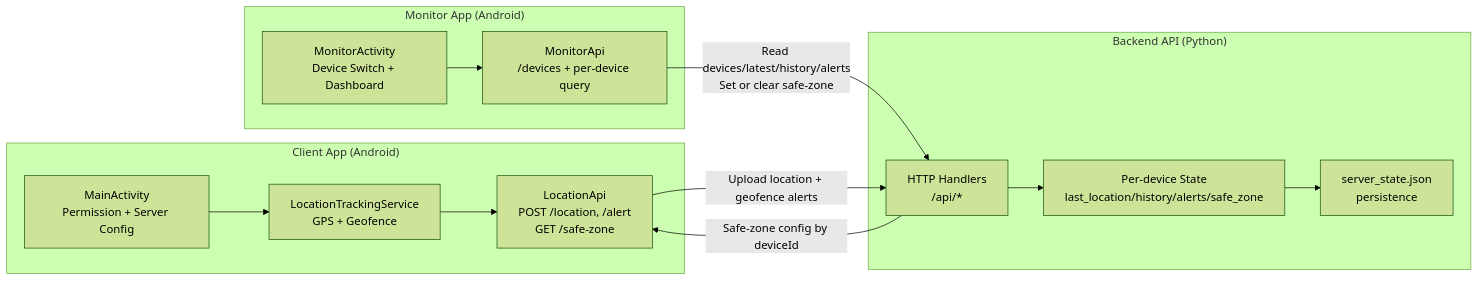
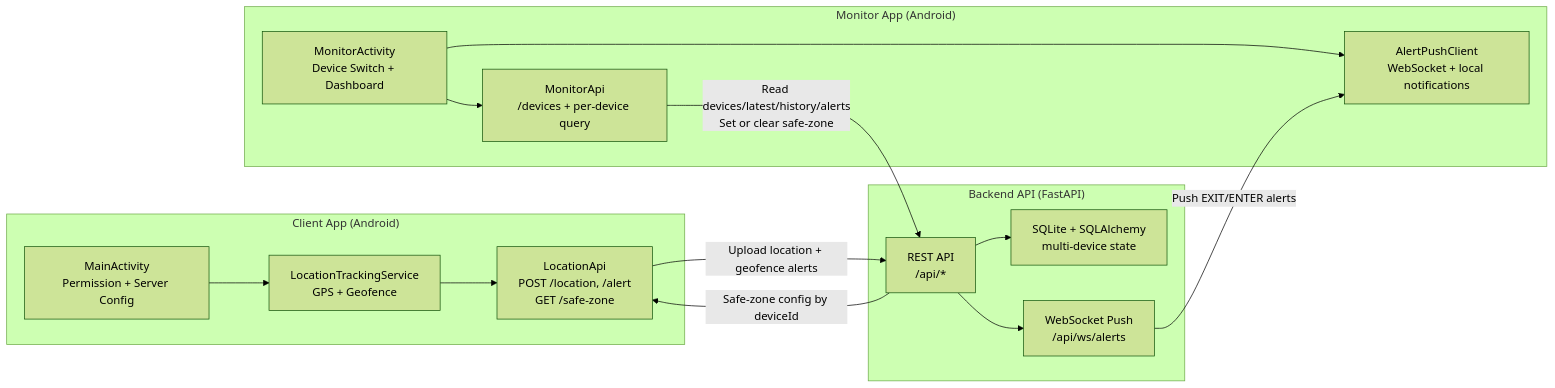
Before and after one commit to MackJack023/GuardianStar: the diagram in README.md, drawn with Mermaid (forest theme). The commit also changed other lines of this file and 20 other files, not shown here.

Commit message:
feat: upgrade to Java 17 and production backend with realtime alert push

````diff
--- a/README.md
+++ b/README.md
@@ -60,26 +61,30 @@
 ```mermaid
 flowchart LR
   subgraph C["Client App (Android)"]
     C1["MainActivity\nPermission + Server Config"]
     C2["LocationTrackingService\nGPS + Geofence"]
     C3["LocationApi\nPOST /location, /alert\nGET /safe-zone"]
     C1 --> C2 --> C3
   end
 
-  subgraph B["Backend API (Python)"]
-    B1["HTTP Handlers\n/api/*"]
-    B2["Per-device State\nlast_location/history/alerts/safe_zone"]
-    B3["server_state.json\npersistence"]
-    B1 --> B2 --> B3
+  subgraph B["Backend API (FastAPI)"]
+    B1["REST API\n/api/*"]
+    B2["SQLite + SQLAlchemy\nmulti-device state"]
+    B3["WebSocket Push\n/api/ws/alerts"]
+    B1 --> B2
+    B1 --> B3
   end
 
   subgraph M["Monitor App (Android)"]
     M1["MonitorActivity\nDevice Switch + Dashboard"]
     M2["MonitorApi\n/devices + per-device query"]
+    M3["AlertPushClient\nWebSocket + local notifications"]
     M1 --> M2
+    M1 --> M3
   end
 
   C3 -- "Upload location + geofence alerts" --> B1
   M2 -- "Read devices/latest/history/alerts\nSet or clear safe-zone" --> B1
+  B3 -- "Push EXIT/ENTER alerts" --> M3
   B1 -- "Safe-zone config by deviceId" --> C3
 ```
````
